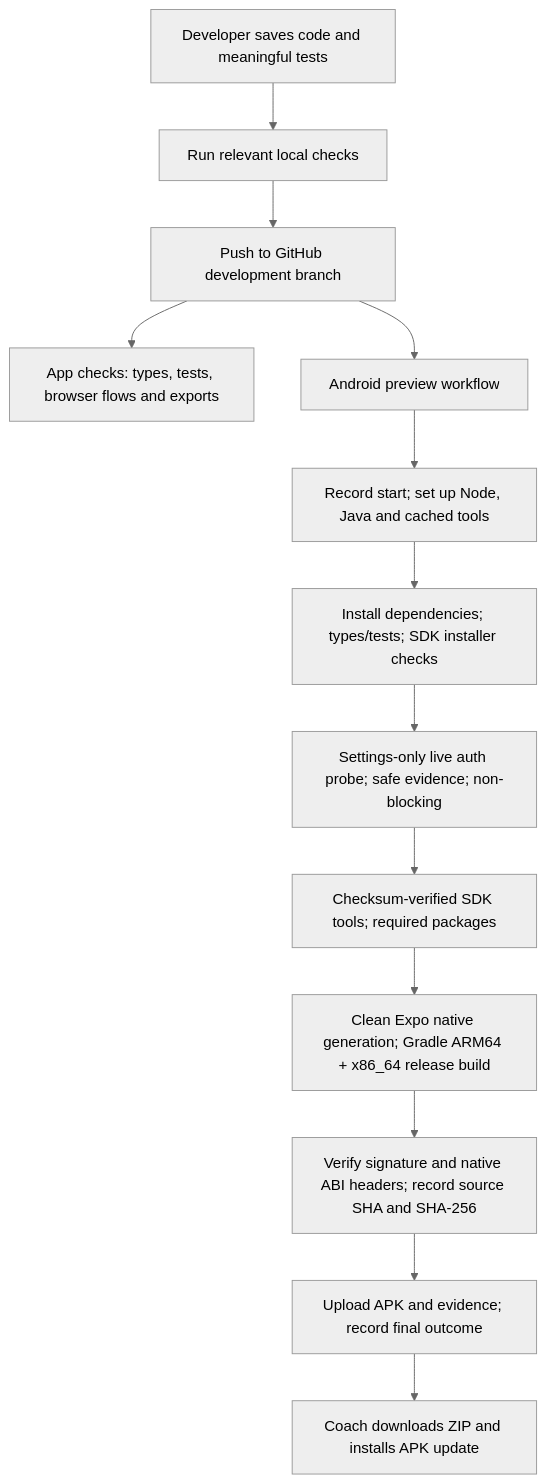
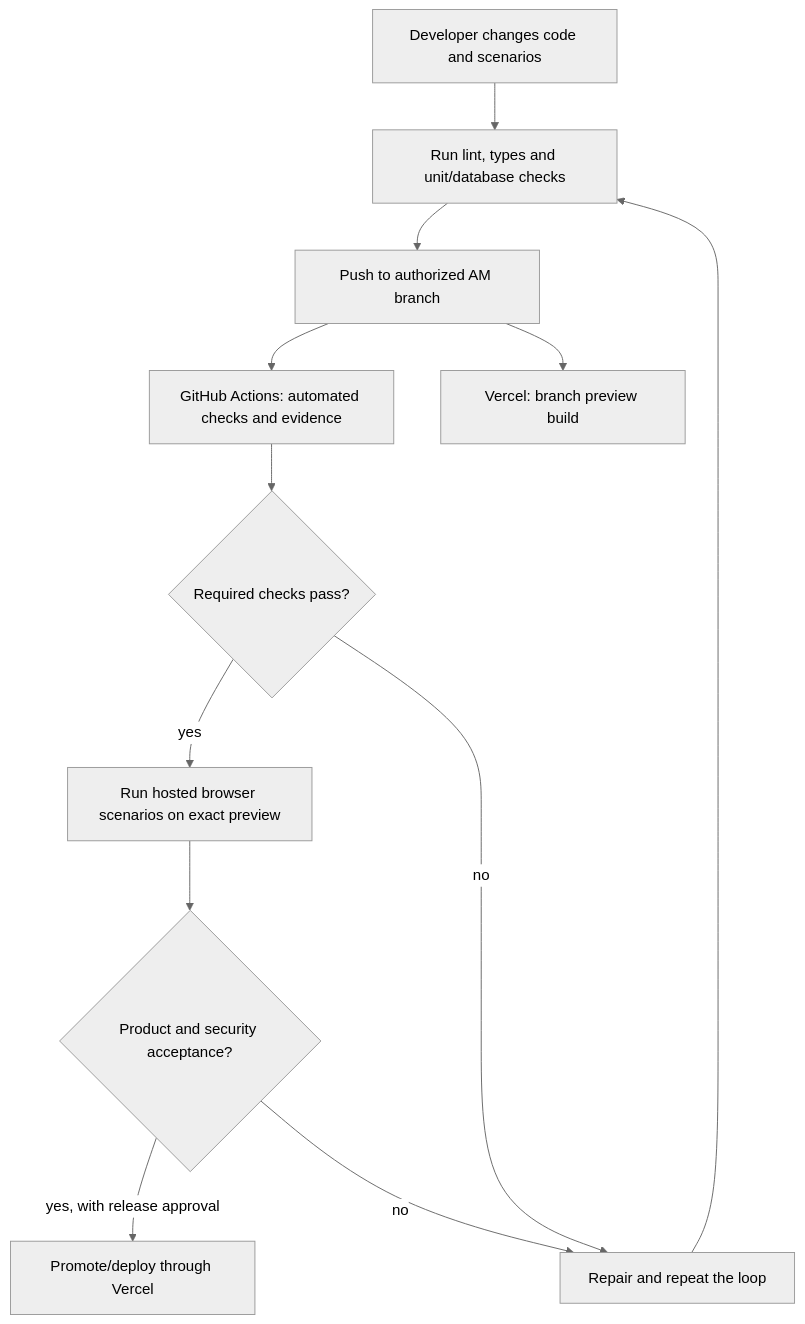
The eighth of 8 diagrams in ai-workspace/architecture/ARCHITECTURE.md (appsworld2027/Parent-plus-), drawn with Mermaid (neutral theme) before and after one commit. The commit also changed other lines of this file and 32 other files, not shown here.

Commit message:
feat(parent): prepare APVerse attendance contract and retire APK checks

````diff
--- a/ai-workspace/architecture/ARCHITECTURE.md
+++ b/ai-workspace/architecture/ARCHITECTURE.md
@@ -229,15 +233,14 @@
 ```mermaid
 flowchart TD
-    Code["Developer saves code and meaningful tests"] --> Local["Run relevant local checks"]
-    Local --> Git["Push to GitHub development branch"]
-    Git --> CI["App checks: types, tests, browser flows and exports"]
-    Git --> Build["Android preview workflow"]
-    Build --> Start["Record start; set up Node, Java and cached tools"]
-    Start --> Checks["Install dependencies; types/tests; SDK installer checks"]
-    Checks --> Probe["Settings-only live auth probe; safe evidence; non-blocking"]
-    Probe --> SDK["Checksum-verified SDK tools; required packages"]
-    SDK --> Native["Clean Expo native generation; Gradle ARM64 + x86_64 release build"]
-    Native --> Verify["Verify signature and native ABI headers; record source SHA and SHA-256"]
-    Verify --> Artifact["Upload APK and evidence; record final outcome"]
-    Artifact --> Install["Coach downloads ZIP and installs APK update"]
+    Code["Developer changes code and scenarios"] --> Local["Run lint, types and unit/database checks"]
+    Local --> Git["Push to authorized AM branch"]
+    Git --> CI["GitHub Actions: automated checks and evidence"]
+    Git --> Preview["Vercel: branch preview build"]
+    CI --> Gate{"Required checks pass?"}
+    Gate -->|yes| Browser["Run hosted browser scenarios on exact preview"]
+    Gate -->|no| Fix["Repair and repeat the loop"]
+    Browser --> Gate2{"Product and security acceptance?"}
+    Gate2 -->|yes, with release approval| Production["Promote/deploy through Vercel"]
+    Gate2 -->|no| Fix
+    Fix --> Local
 ```
````
